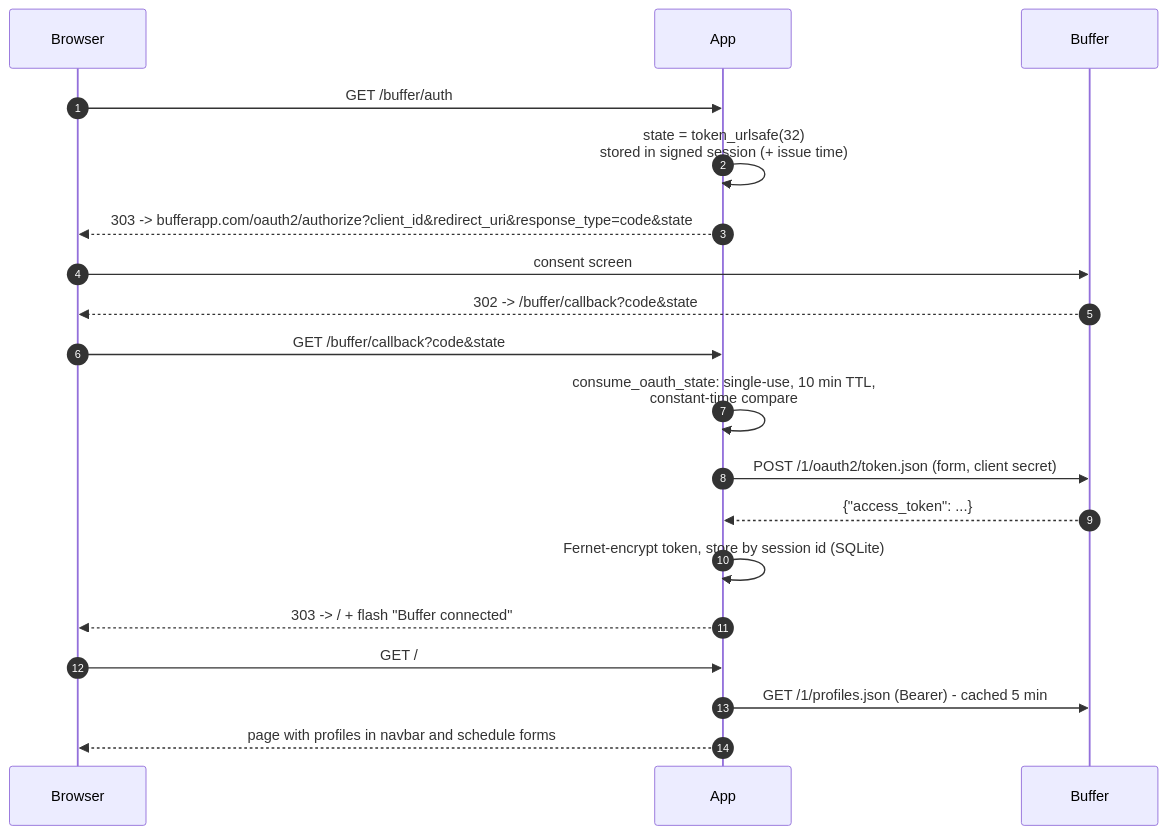
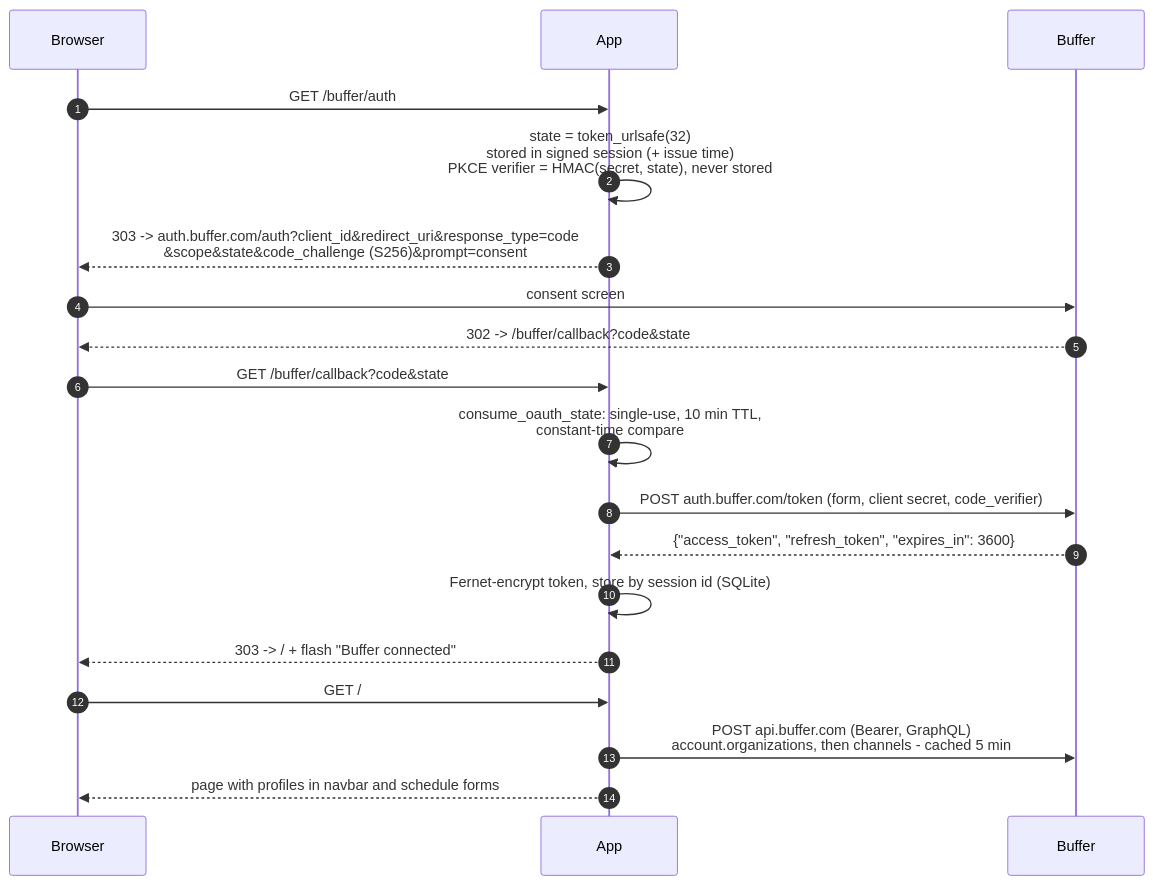
The eighth of 10 diagrams in docs/ARCHITECTURE.md (Aminul1993/Social-Booster), drawn with Mermaid before and after one commit. The commit also changed other lines of this file and 31 other files, not shown here.

````diff
--- a/docs/ARCHITECTURE.md
+++ b/docs/ARCHITECTURE.md
@@ -243,21 +252,21 @@
 ```mermaid
 sequenceDiagram
     autonumber
     participant B as Browser
     participant A as App
     participant BF as Buffer
     B->>A: GET /buffer/auth
-    A->>A: state = token_urlsafe(32)<br/>stored in signed session (+ issue time)
-    A-->>B: 303 -> bufferapp.com/oauth2/authorize?client_id&redirect_uri&response_type=code&state
+    A->>A: state = token_urlsafe(32)<br/>stored in signed session (+ issue time)<br/>PKCE verifier = HMAC(secret, state), never stored
+    A-->>B: 303 -> auth.buffer.com/auth?client_id&redirect_uri&response_type=code<br/>&scope&state&code_challenge (S256)&prompt=consent
     B->>BF: consent screen
     BF-->>B: 302 -> /buffer/callback?code&state
     B->>A: GET /buffer/callback?code&state
     A->>A: consume_oauth_state: single-use, 10 min TTL,<br/>constant-time compare
-    A->>BF: POST /1/oauth2/token.json (form, client secret)
-    BF-->>A: {"access_token": ...}
+    A->>BF: POST auth.buffer.com/token (form, client secret, code_verifier)
+    BF-->>A: {"access_token", "refresh_token", "expires_in": 3600}
     A->>A: Fernet-encrypt token, store by session id (SQLite)
     A-->>B: 303 -> / + flash "Buffer connected"
     B->>A: GET /
-    A->>BF: GET /1/profiles.json (Bearer) - cached 5 min
+    A->>BF: POST api.buffer.com (Bearer, GraphQL)<br/>account.organizations, then channels - cached 5 min
     A-->>B: page with profiles in navbar and schedule forms
 ```
````
